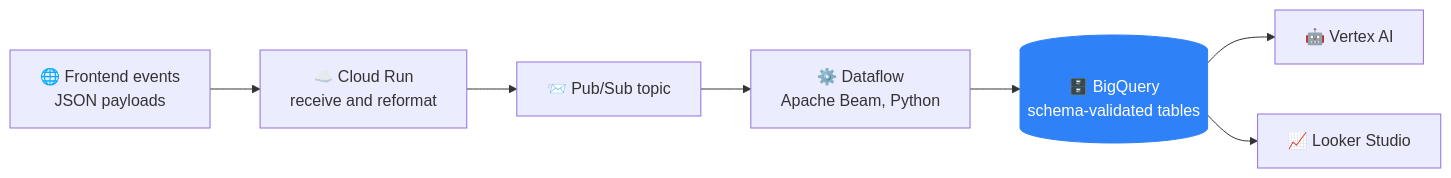
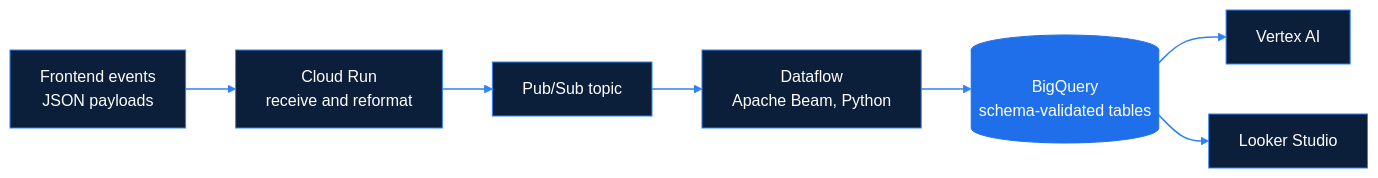
The fourth of 4 diagrams in README.md (Mahmoudrda/Mahmoudrda), drawn with Mermaid before and after one commit. The commit also changed other lines of this file, not shown here.

````diff
--- a/README.md
+++ b/README.md
@@ -415,11 +361,13 @@
 ```mermaid
 flowchart LR
-    FE["🌐 Frontend events<br/>JSON payloads"] --> CR["☁️ Cloud Run<br/>receive and reformat"]
-    CR --> PS["📨 Pub/Sub topic"]
-    PS --> DF["⚙️ Dataflow<br/>Apache Beam, Python"]
-    DF --> BQ[("🗄️ BigQuery<br/>schema-validated tables")]
-    BQ --> VX["🤖 Vertex AI"]
-    BQ --> LS["📈 Looker Studio"]
-    classDef core fill:#2F81F7,stroke:#2F81F7,color:#FFFFFF
-    class BQ core
+    FE["Frontend events<br/>JSON payloads"] --> CR["Cloud Run<br/>receive and reformat"]
+    CR --> PS["Pub/Sub topic"]
+    PS --> DF["Dataflow<br/>Apache Beam, Python"]
+    DF --> BQ[("BigQuery<br/>schema-validated tables")]
+    BQ --> VX["Vertex AI"]
+    BQ --> LS["Looker Studio"]
+    classDef default fill:#0B1F3A,stroke:#2F81F7,stroke-width:1px,color:#FFFFFF
+    classDef key fill:#1F6FEB,stroke:#1F6FEB,stroke-width:1px,color:#FFFFFF
+    class BQ key
+    linkStyle default stroke:#2F81F7,stroke-width:1.5px
 ```
````
